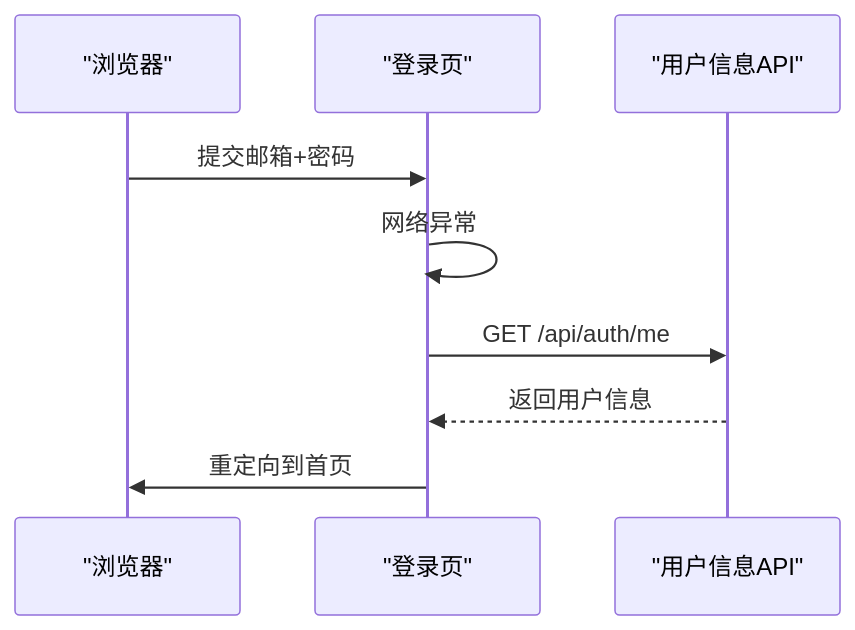
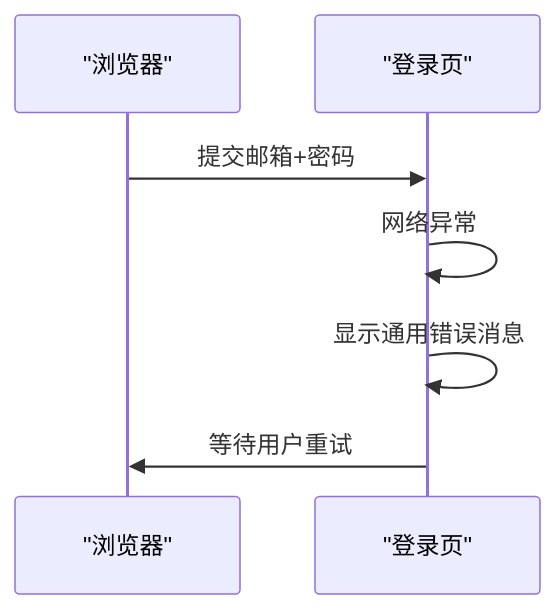
One commit to kangkang919/xinya changed the ninth of 10 diagrams in .qoder/repowiki/zh/content/用户认证系统/登录页面调试功能.md. Above: the diagram before and after it, drawn with Mermaid. The commit also changed other lines of this file and 35 other files, not shown here.

````diff
--- a/.qoder/repowiki/zh/content/用户认证系统/登录页面调试功能.md
+++ b/.qoder/repowiki/zh/content/用户认证系统/登录页面调试功能.md
@@ -519,11 +482,9 @@
 ```mermaid
 sequenceDiagram
 participant B as "浏览器"
 participant F as "登录页"
-participant M as "用户信息API"
 B->>F : 提交邮箱+密码
 F->>F : 网络异常
-F->>M : GET /api/auth/me
-M-->>F : 返回用户信息
-F->>B : 重定向到首页
+F->>F : 显示通用错误消息
+F->>B : 等待用户重试
 ```
````
